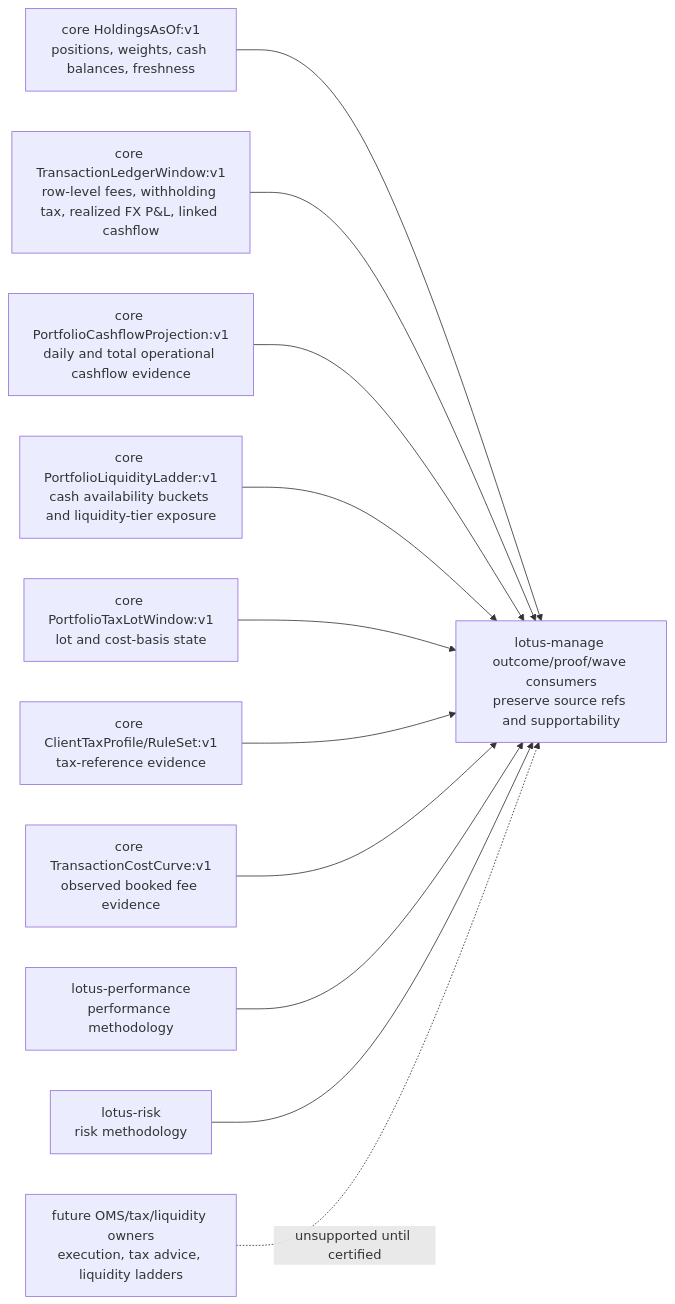
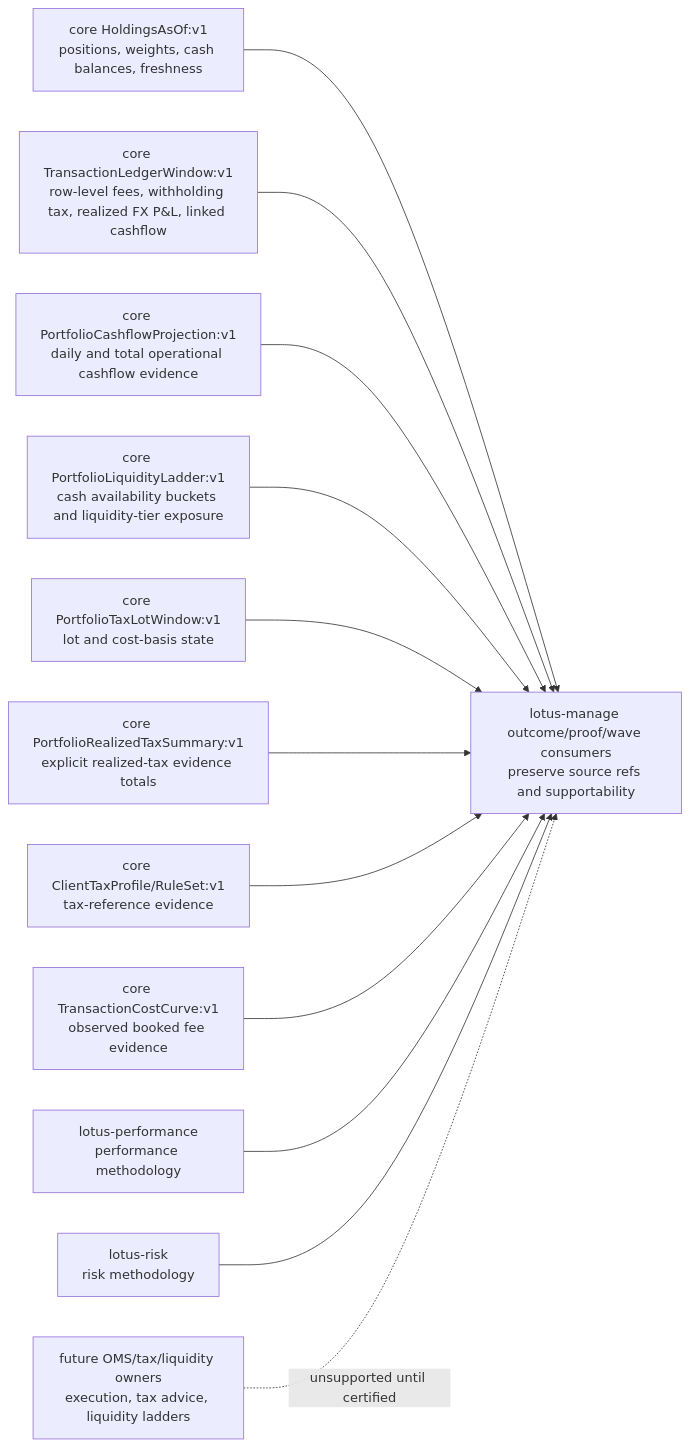
Before and after one commit to sgajbi/lotus-core: the first of 3 diagrams in wiki/Mesh-Data-Products.md, drawn with Mermaid. The commit also changed other lines of this file and 21 other files, not shown here.

Commit message:
Add portfolio realized tax summary source product

````diff
--- a/wiki/Mesh-Data-Products.md
+++ b/wiki/Mesh-Data-Products.md
@@ -155,25 +164,27 @@
 ```mermaid
 flowchart LR
     CoreHoldings[core HoldingsAsOf:v1<br/>positions, weights, cash balances, freshness]
     CoreLedger[core TransactionLedgerWindow:v1<br/>row-level fees, withholding tax, realized FX P&L, linked cashflow]
     CoreCash[core PortfolioCashflowProjection:v1<br/>daily and total operational cashflow evidence]
     CoreLiquidity[core PortfolioLiquidityLadder:v1<br/>cash availability buckets and liquidity-tier exposure]
     CoreLots[core PortfolioTaxLotWindow:v1<br/>lot and cost-basis state]
+    CoreRealizedTax[core PortfolioRealizedTaxSummary:v1<br/>explicit realized-tax evidence totals]
     CoreTax[core ClientTaxProfile/RuleSet:v1<br/>tax-reference evidence]
     CoreFees[core TransactionCostCurve:v1<br/>observed booked fee evidence]
     Manage[lotus-manage outcome/proof/wave consumers<br/>preserve source refs and supportability]
     Perf[lotus-performance<br/>performance methodology]
     Risk[lotus-risk<br/>risk methodology]
     FutureOwners[future OMS/tax/liquidity owners<br/>execution, tax advice, liquidity ladders]
 
     CoreHoldings --> Manage
     CoreLedger --> Manage
     CoreCash --> Manage
     CoreLiquidity --> Manage
     CoreLots --> Manage
+    CoreRealizedTax --> Manage
     CoreTax --> Manage
     CoreFees --> Manage
     Perf --> Manage
     Risk --> Manage
     FutureOwners -. unsupported until certified .-> Manage
 ```
````
